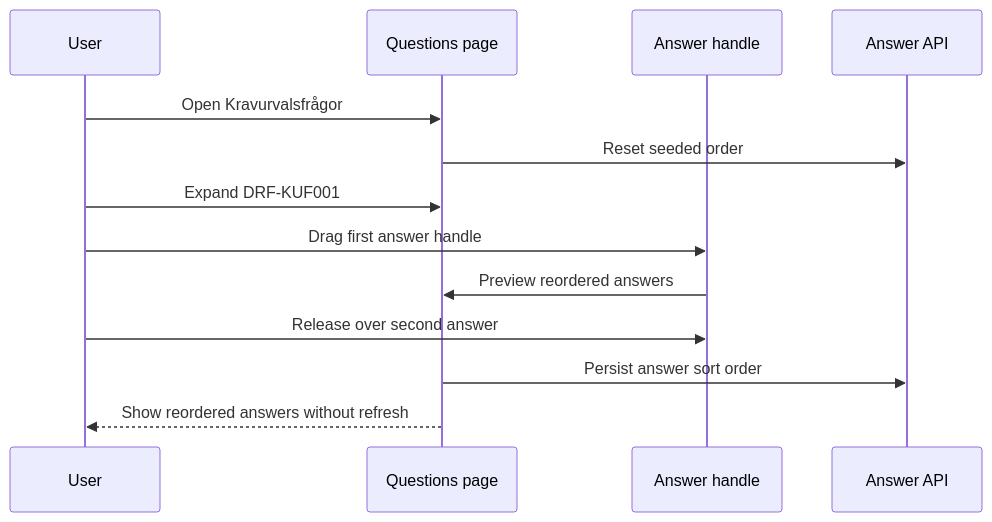
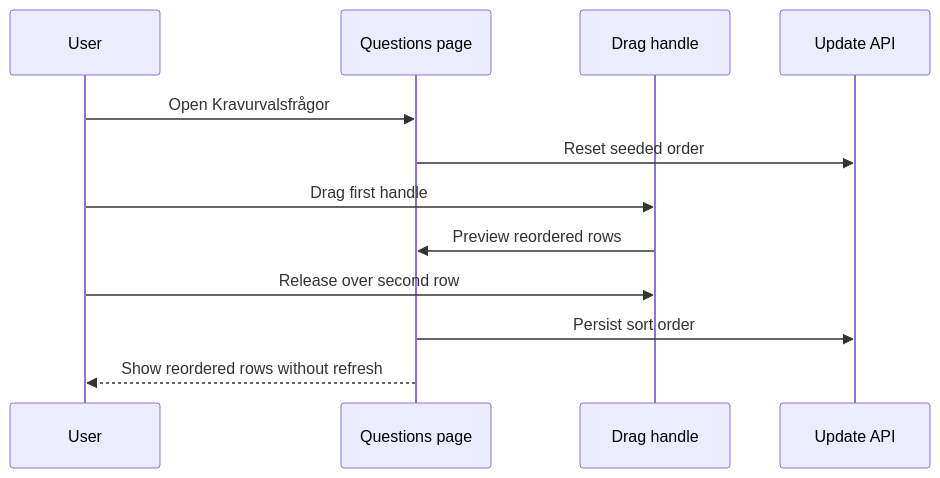
Before and after one commit to viscalyx/Kravhantering: the second of 2 diagrams in tests/integration/requirement-selection-answer-dnd.md, drawn with Mermaid. The commit also changed other lines of this file and 3 other files, not shown here.

````diff
--- a/tests/integration/requirement-selection-answer-dnd.md
+++ b/tests/integration/requirement-selection-answer-dnd.md
@@ -52,16 +74,15 @@
 ```mermaid
 sequenceDiagram
     participant U as User
     participant Q as Questions page
-    participant A as Answer handle
-    participant API as Answer API
+    participant H as Drag handle
+    participant API as Update API
 
     U->>Q: Open Kravurvalsfrågor
     Q->>API: Reset seeded order
-    U->>Q: Expand DRF-KUF001
-    U->>A: Drag first answer handle
-    A->>Q: Preview reordered answers
-    U->>A: Release over second answer
-    Q->>API: Persist answer sort order
-    Q-->>U: Show reordered answers without refresh
+    U->>H: Drag first handle
+    H->>Q: Preview reordered rows
+    U->>H: Release over second row
+    Q->>API: Persist sort order
+    Q-->>U: Show reordered rows without refresh
 ```
````
